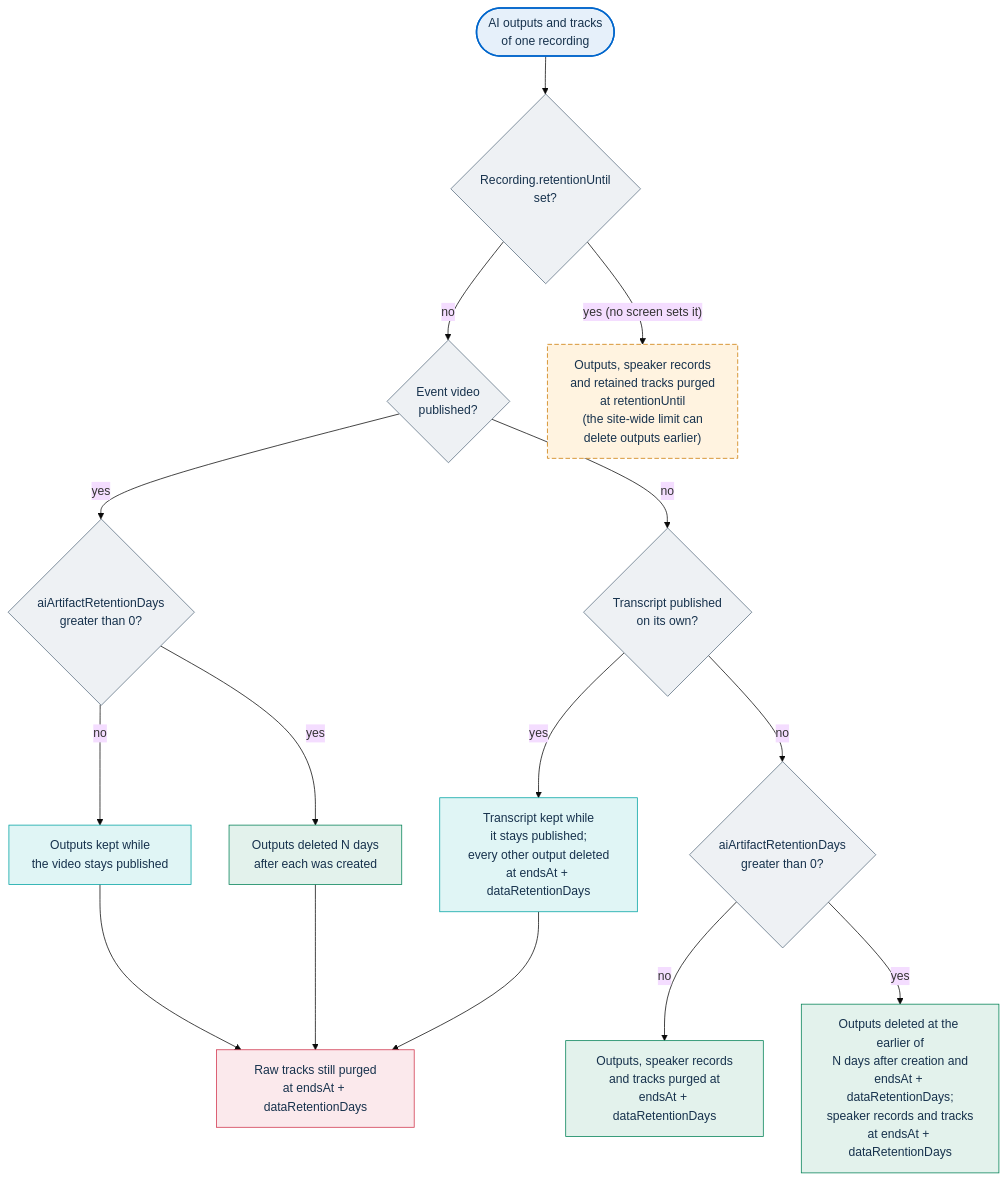
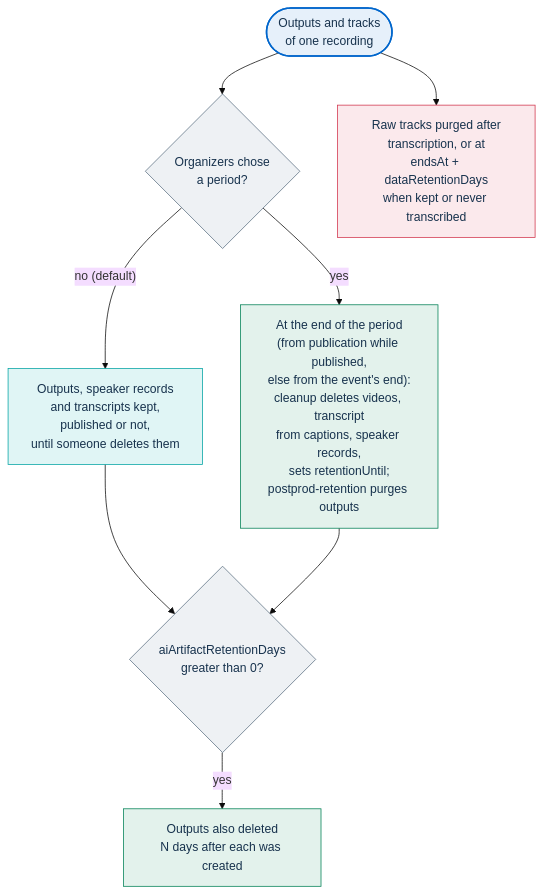
The second of 3 diagrams in docs/privacy/recordings-and-ai.md (italia/pa-webinar), drawn with Mermaid (base theme) before and after one commit. The commit also changed other lines of this file and 13 other files, not shown here.

````diff
--- a/docs/privacy/recordings-and-ai.md
+++ b/docs/privacy/recordings-and-ai.md
@@ -830,46 +845,31 @@
 ```mermaid
 flowchart TD
-    start(["AI outputs and tracks<br/>of one recording"])
-    until{"Recording.retentionUntil<br/>set?"}
-    pub{"Event video<br/>published?"}
-    tp{"Transcript published<br/>on its own?"}
-    ovA{"aiArtifactRetentionDays<br/>greater than 0?"}
-    ovB{"aiArtifactRetentionDays<br/>greater than 0?"}
+    start(["Outputs and tracks<br/>of one recording"])
+    period{"Organizers chose<br/>a period?"}
+    ov{"aiArtifactRetentionDays<br/>greater than 0?"}
 
-    rU["Outputs, speaker records<br/>and retained tracks purged<br/>at retentionUntil<br/>(the site-wide limit can<br/>delete outputs earlier)"]
-    rPubN["Outputs kept while<br/>the video stays published"]
-    rTr["Transcript kept while<br/>it stays published;<br/>every other output deleted<br/>at endsAt + dataRetentionDays"]
-    rPubY["Outputs deleted N days<br/>after each was created"]
-    rEvt["Outputs, speaker records<br/>and tracks purged at<br/>endsAt + dataRetentionDays"]
-    rEvtN["Outputs deleted at the earlier of<br/>N days after creation and<br/>endsAt + dataRetentionDays;<br/>speaker records and tracks<br/>at endsAt + dataRetentionDays"]
-    tracks["Raw tracks still purged<br/>at endsAt + dataRetentionDays"]
+    kept["Outputs, speaker records<br/>and transcripts kept,<br/>published or not,<br/>until someone deletes them"]
+    exp["At the end of the period<br/>(from publication while published,<br/>else from the event's end):<br/>cleanup deletes videos, transcript<br/>from captions, speaker records,<br/>sets retentionUntil;<br/>postprod-retention purges outputs"]
+    site["Outputs also deleted<br/>N days after each was created"]
+    tracks["Raw tracks purged after<br/>transcription, or at<br/>endsAt + dataRetentionDays<br/>when kept or never transcribed"]
 
-    start --> until
-    until -->|"yes (no screen sets it)"| rU
-    until -->|"no"| pub
-    pub -->|"yes"| ovA
-    pub -->|"no"| tp
-    tp -->|"yes"| rTr
-    tp -->|"no"| ovB
-    ovA -->|"no"| rPubN
-    ovA -->|"yes"| rPubY
-    ovB -->|"no"| rEvt
-    ovB -->|"yes"| rEvtN
-    rPubN --> tracks
-    rPubY --> tracks
-    rTr --> tracks
+    start --> period
+    period -->|"no (default)"| kept
+    period -->|"yes"| exp
+    kept --> ov
+    exp --> ov
+    ov -->|"yes"| site
+    start --> tracks
 
     classDef entry fill:#E6F0FA,stroke:#0066CC,stroke-width:2px,color:#17324D
     classDef decision fill:#EEF1F4,stroke:#5C6F82,color:#17324D
-    classDef rare fill:#FFF3E0,stroke:#CC7A00,stroke-dasharray:6 3,color:#17324D
     classDef kept fill:#E0F5F5,stroke:#00A3A3,color:#17324D
     classDef purged fill:#E3F2EC,stroke:#008055,color:#17324D
     classDef voice fill:#FBE9EC,stroke:#D1344C,color:#17324D
 
     class start entry
-    class until,pub,tp,ovA,ovB decision
-    class rU rare
-    class rPubN,rTr kept
-    class rPubY,rEvt,rEvtN purged
+    class period,ov decision
+    class kept kept
+    class exp,site purged
     class tracks voice
 ```
````
